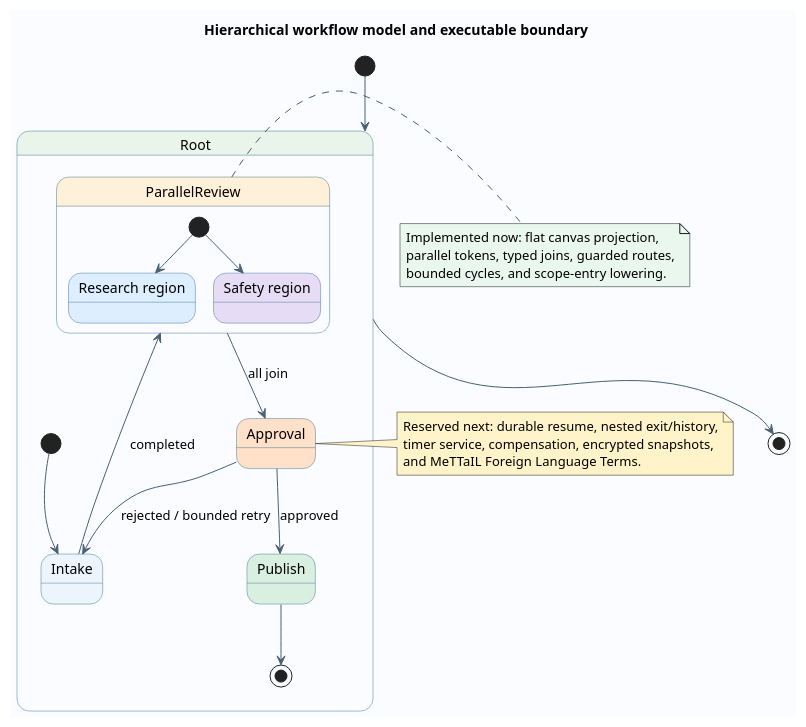
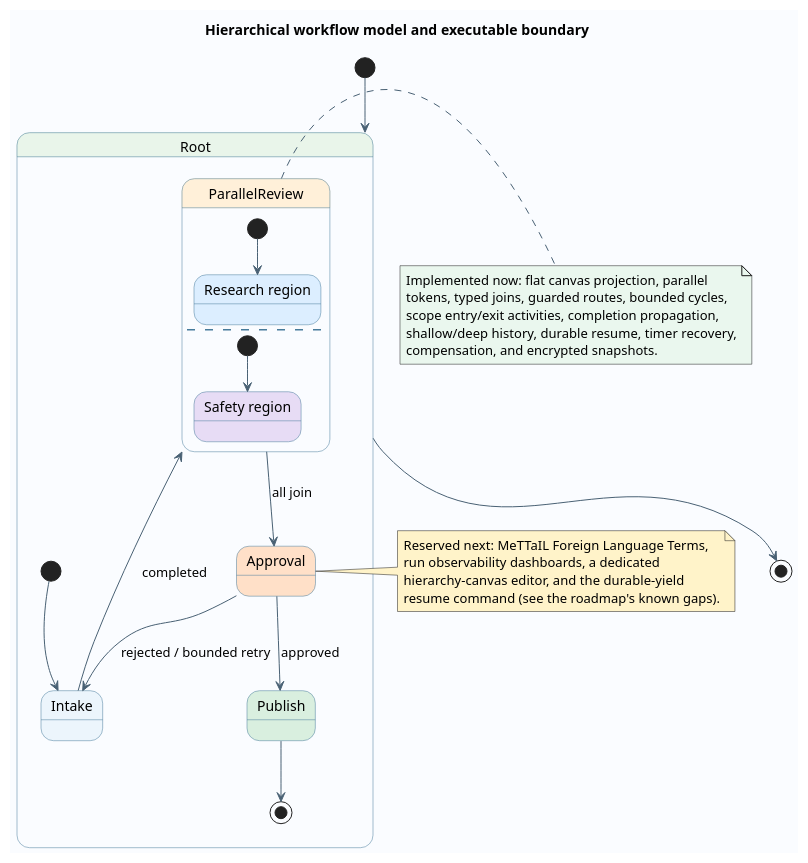
One commit to F1R3FLY-io/embers-frontend changed the diagram in docs/agent-teams/diagrams/06-hierarchy-and-roadmap.puml. Above: the diagram before and after it, drawn with PlantUML. The commit also changed 33 other files, not shown here.

```diff
--- a/docs/agent-teams/diagrams/06-hierarchy-and-roadmap.puml
+++ b/docs/agent-teams/diagrams/06-hierarchy-and-roadmap.puml
@@ -1,42 +1,46 @@
 @startuml
 title Hierarchical workflow model and executable boundary
 skinparam backgroundColor #FAFCFF
 skinparam shadowing false
 skinparam state {
   BackgroundColor #ECF5FC
   BorderColor #477B9B
   StartColor #2F7C5A
   EndColor #7D478F
   ArrowColor #496174
 }
 
 [*] --> Root
 state Root #E9F5EA {
   [*] --> Intake
   Intake --> ParallelReview : completed
   state ParallelReview #FFF0D9 {
     state "Research region" as Research #DCEEFF
+    [*] --> Research
+    --
     state "Safety region" as Safety #E7DCF5
-    [*] --> Research
     [*] --> Safety
   }
   ParallelReview --> Approval : all join
   state Approval #FFE0C8
   Approval --> Publish : approved
   Approval --> Intake : rejected / bounded retry
   state Publish #D9EFDF
   Publish --> [*]
 }
 Root --> [*]
 
 note right of ParallelReview #EAF7EE
-Implemented now: flat canvas projection,
-parallel tokens, typed joins, guarded routes,
-bounded cycles, and scope-entry lowering.
+Implemented now: flat canvas projection, parallel
+tokens, typed joins, guarded routes, bounded cycles,
+scope entry/exit activities, completion propagation,
+shallow/deep history, durable resume, timer recovery,
+compensation, and encrypted snapshots.
 end note
 note right of Approval #FFF3C9
-Reserved next: durable resume, nested exit/history,
-timer service, compensation, encrypted snapshots,
-and MeTTaIL Foreign Language Terms.
+Reserved next: MeTTaIL Foreign Language Terms,
+run observability dashboards, a dedicated
+hierarchy-canvas editor, and the durable-yield
+resume command (see the roadmap's known gaps).
 end note
 @enduml
```
